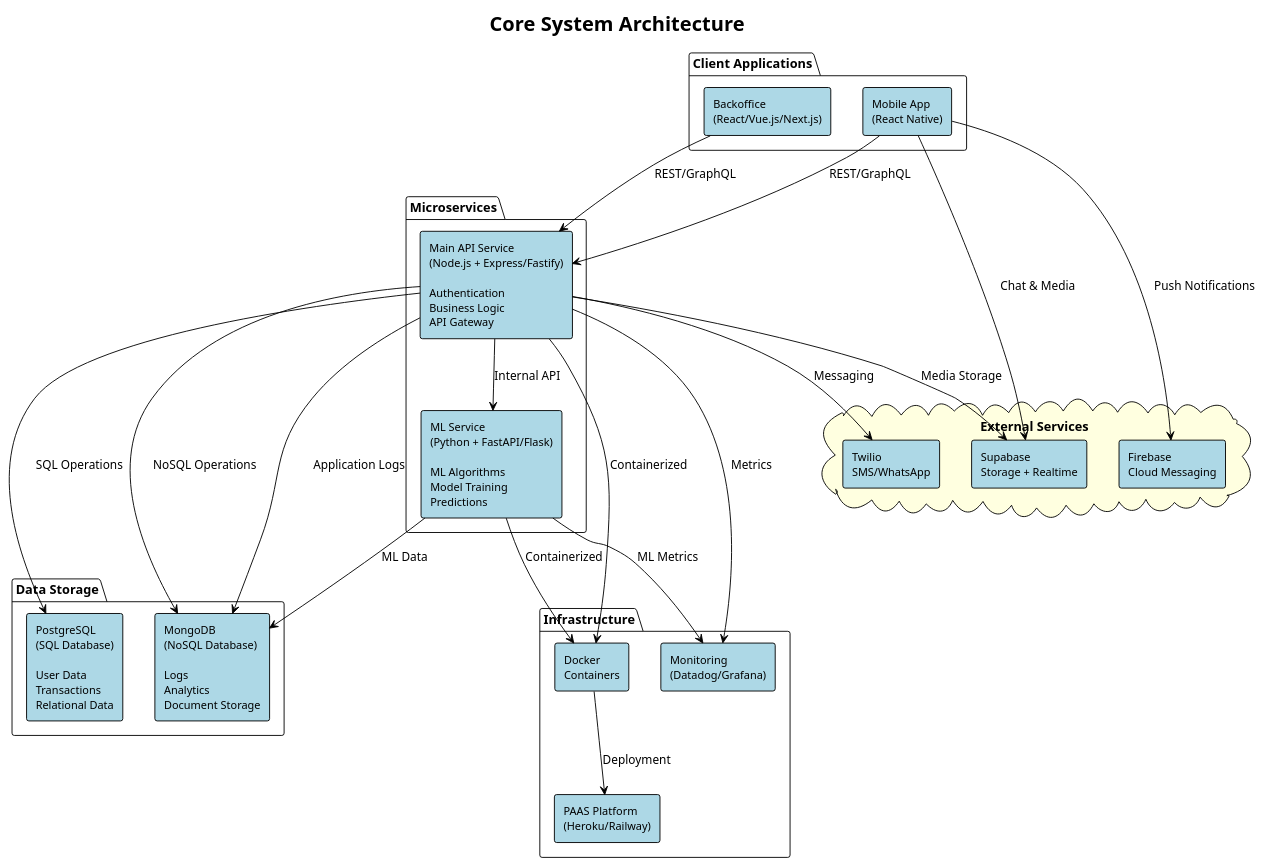
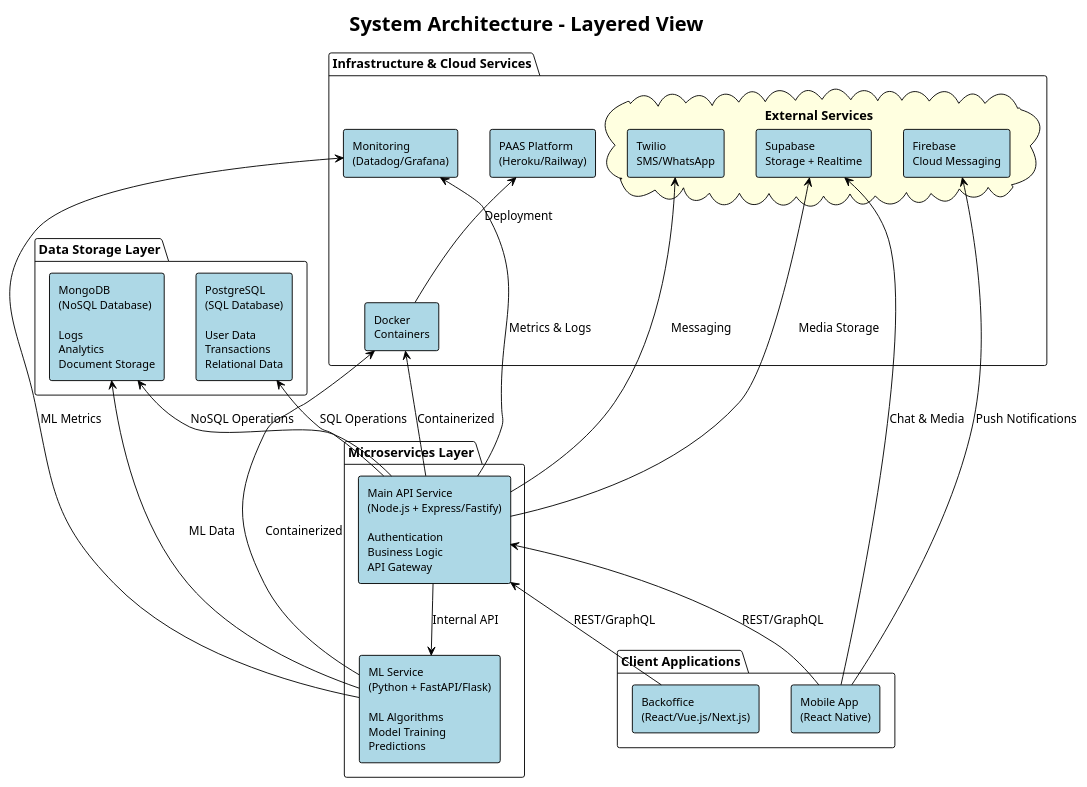
Before and after one commit to IS2-BCCDLM/tp-arch: the diagram in informe.org, drawn with PlantUML. The commit also changed 3 other files, not shown here.

```diff
--- a/informe.org
+++ b/informe.org
@@ -36,77 +36,77 @@
 #+BEGIN_SRC plantuml :file assets/arch-1.png :exports results
 @startuml
 !theme plain
 skinparam componentStyle rectangle
 skinparam backgroundColor white
 skinparam component {
     BackgroundColor lightblue
     BorderColor black
     FontSize 12
 }
 skinparam database {
     BackgroundColor lightgreen
     BorderColor black
 }
 skinparam cloud {
     BackgroundColor lightyellow
     BorderColor black
 }
+skinparam direction top to bottom
 
-title Core System Architecture
+title System Architecture - Layered View
 
-' Client Layer
+' Top Layer - Infrastructure & Cloud Services
+package "Infrastructure & Cloud Services" {
+    cloud "External Services" {
+        component [Supabase\nStorage + Realtime] as supabase
+        component [Firebase\nCloud Messaging] as firebase
+        component [Twilio\nSMS/WhatsApp] as twilio
+    }
+
+    component [PAAS Platform\n(Heroku/Railway)] as paas
+    component [Monitoring\n(Datadog/Grafana)] as monitoring
+    component [Docker\nContainers] as docker
+}
+
+' Data Storage Layer
+package "Data Storage Layer" {
+    database [PostgreSQL\n(SQL Database)\n\nUser Data\nTransactions\nRelational Data] as postgres
+    database [MongoDB\n(NoSQL Database)\n\nLogs\nAnalytics\nDocument Storage] as mongo
+}
+
+' Microservices Layer
+package "Microservices Layer" {
+    component [Main API Service\n(Node.js + Express/Fastify)\n\nAuthentication\nBusiness Logic\nAPI Gateway] as mainapi
+    component [ML Service\n(Python + FastAPI/Flask)\n\nML Algorithms\nModel Training\nPredictions] as mlservice
+}
+
+' Bottom Layer - Client Applications
 package "Client Applications" {
     component [Mobile App\n(React Native)] as mobile
     component [Backoffice\n(React/Vue.js/Next.js)] as webapp
 }
 
-' Microservices
-package "Microservices" {
-    component [Main API Service\n(Node.js + Express/Fastify)\n\nAuthentication\nBusiness Logic\nAPI Gateway] as mainapi
-    component [ML Service\n(Python + FastAPI/Flask)\n\nML Algorithms\nModel Training\nPredictions] as mlservice
-}
+' Vertical connections (bottom to top)
+mobile -up-> mainapi : REST/GraphQL
+webapp -up-> mainapi : REST/GraphQL
 
-' Databases
-package "Data Storage" {
-    database [PostgreSQL\n(SQL Database)\n\nUser Data\nTransactions\nRelational Data] as postgres
-    database [MongoDB\n(NoSQL Database)\n\nLogs\nAnalytics\nDocument Storage] as mongo
-}
+mainapi -up-> postgres : SQL Operations
+mainapi -up-> mongo : NoSQL Operations
+mlservice -up-> mongo : ML Data
 
-' External Services
-cloud "External Services" {
-    component [Supabase\nStorage + Realtime] as supabase
-    component [Firebase\nCloud Messaging] as firebase
-    component [Twilio\nSMS/WhatsApp] as twilio
-}
+mainapi -up-> docker : Containerized
+mlservice -up-> docker : Containerized
+docker -up-> paas : Deployment
 
-' Infrastructure
-package "Infrastructure" {
-    component [Docker\nContainers] as docker
-    component [PAAS Platform\n(Heroku/Railway)] as paas
-    component [Monitoring\n(Datadog/Grafana)] as monitoring
-}
+mainapi -up-> monitoring : Metrics & Logs
+mlservice -up-> monitoring : ML Metrics
 
-' Connections
-mobile --> mainapi : REST/GraphQL
-webapp --> mainapi : REST/GraphQL
-mobile --> supabase : Chat & Media
-mobile --> firebase : Push Notifications
-
+' Cross-layer connections
+mobile -up-> supabase : Chat & Media
+mobile -up-> firebase : Push Notifications
+mainapi -up-> supabase : Media Storage
+mainapi -up-> twilio : Messaging
 mainapi --> mlservice : Internal API
-mainapi --> postgres : SQL Operations
-mainapi --> mongo : NoSQL Operations
-mainapi --> supabase : Media Storage
-mainapi --> twilio : Messaging
-
-mlservice --> mongo : ML Data
-mlservice --> monitoring : ML Metrics
-
-mainapi --> docker : Containerized
-mlservice --> docker : Containerized
-docker --> paas : Deployment
-
-mainapi --> monitoring : Metrics
-mainapi --> mongo : Application Logs
 
 @enduml
 #+END_SRC
```
